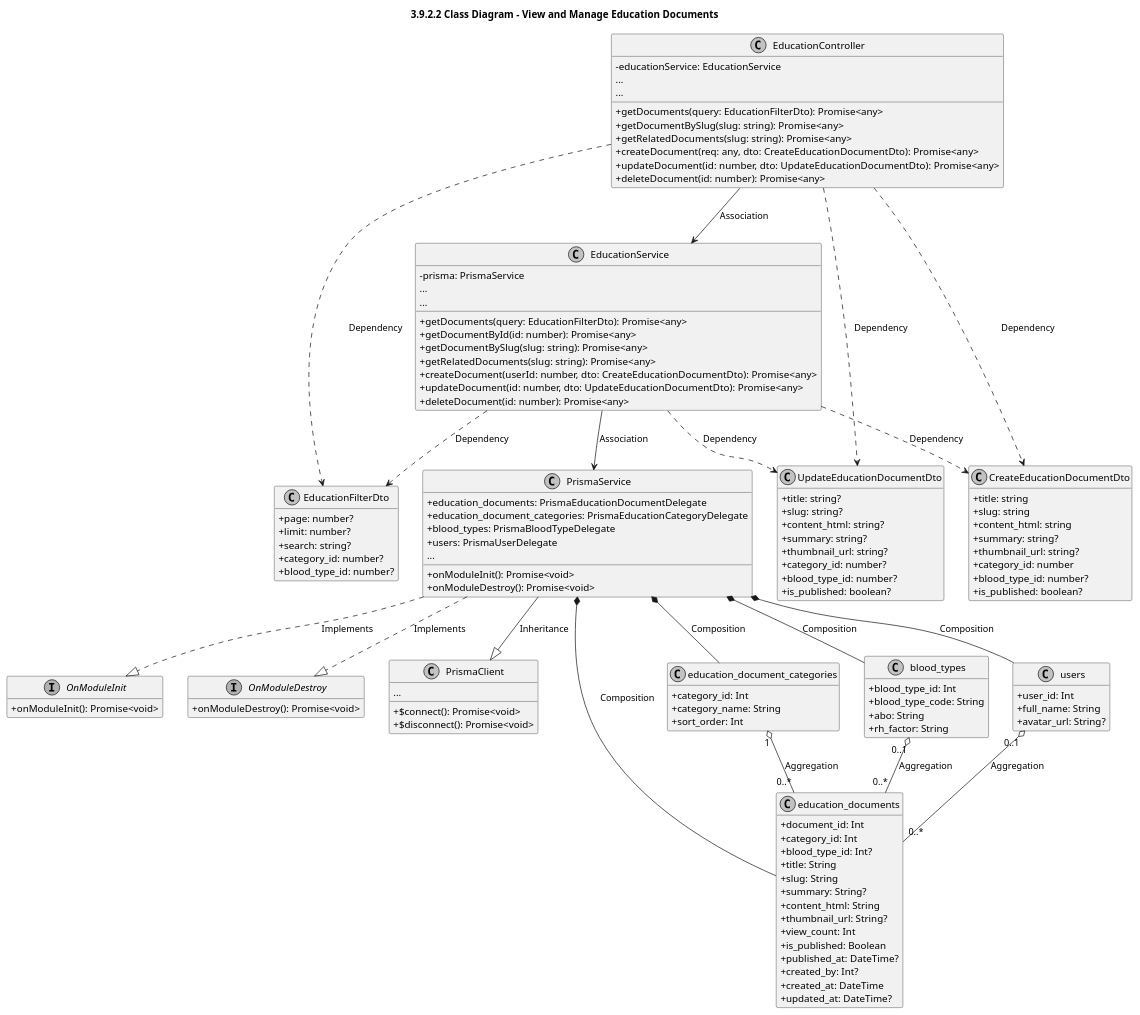
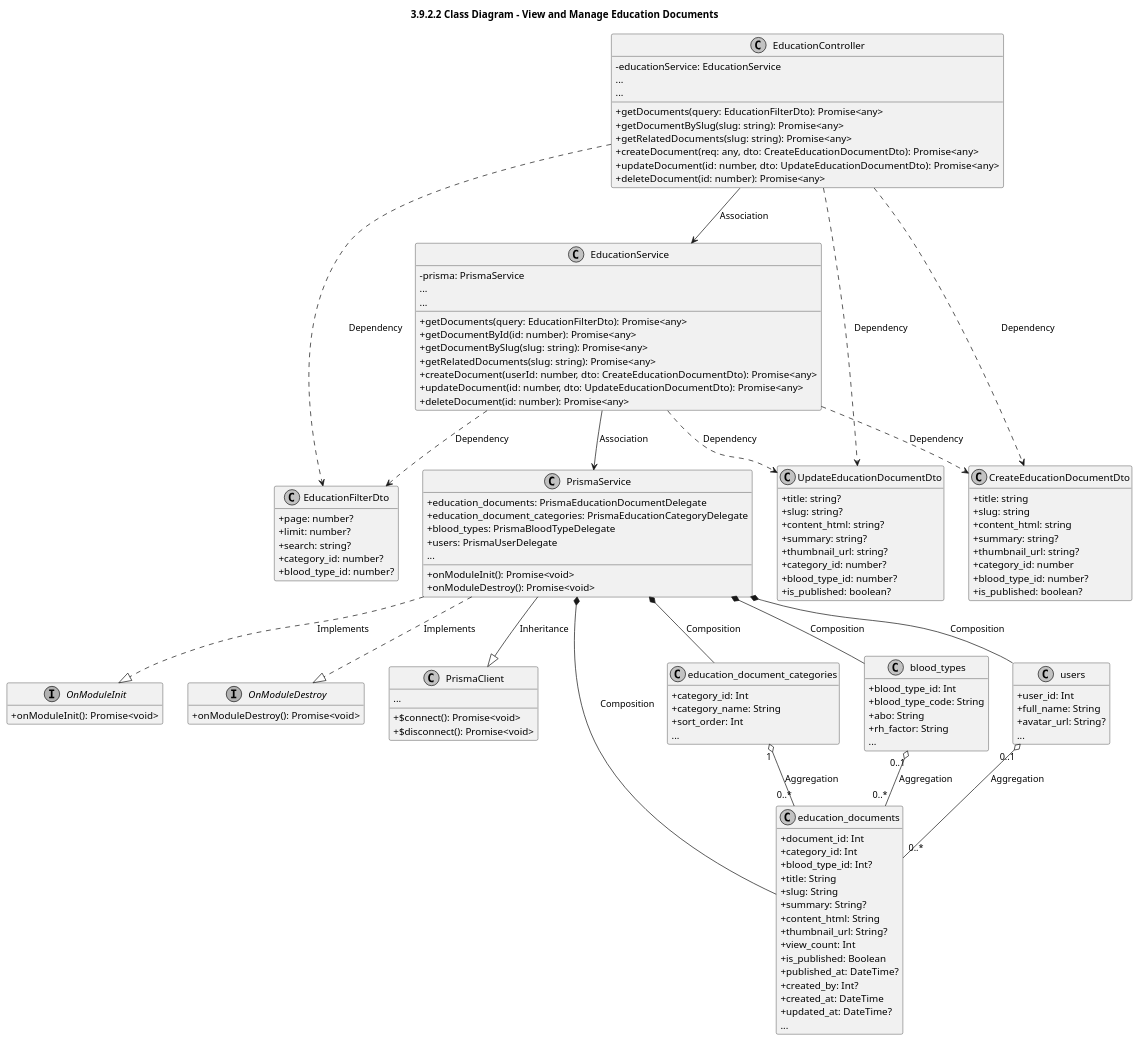
The third of 3 diagrams in modules_plantuml/09_education.md (CuongBC195/class-diagram-donation-blood), drawn with PlantUML before and after one commit. The commit also changed other lines of this file and 39 other files, not shown here.

Commit message:
fix(diagrams): apply strict ellipsis rules and synchronize entity/DTO relationships across all 13 modules

```diff
--- a/modules_plantuml/09_education.md
+++ b/modules_plantuml/09_education.md
@@ -375,12 +378,14 @@
   +created_by: Int?
   +created_at: DateTime
   +updated_at: DateTime?
+  ...
 }
 
 class education_document_categories {
   +category_id: Int
   +category_name: String
   +sort_order: Int
+  ...
 }
 
 class blood_types {
@@ -388,12 +393,14 @@
   +blood_type_code: String
   +abo: String
   +rh_factor: String
+  ...
 }
 
 class users {
   +user_id: Int
   +full_name: String
   +avatar_url: String?
+  ...
 }
 
 EducationController --> EducationService : Association
```
